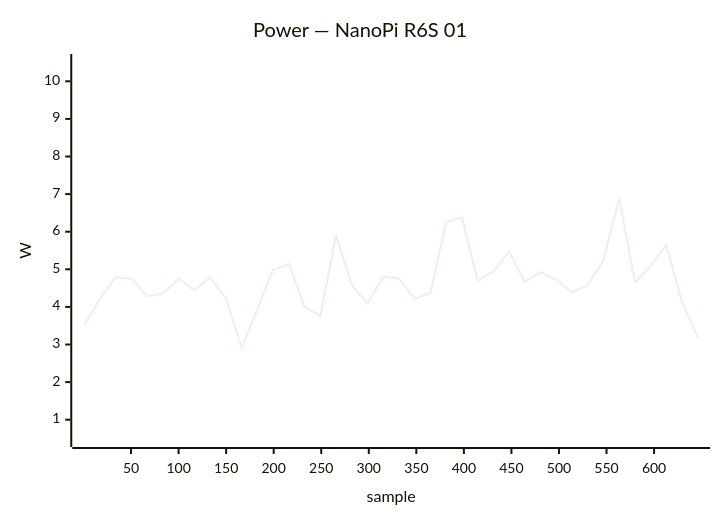
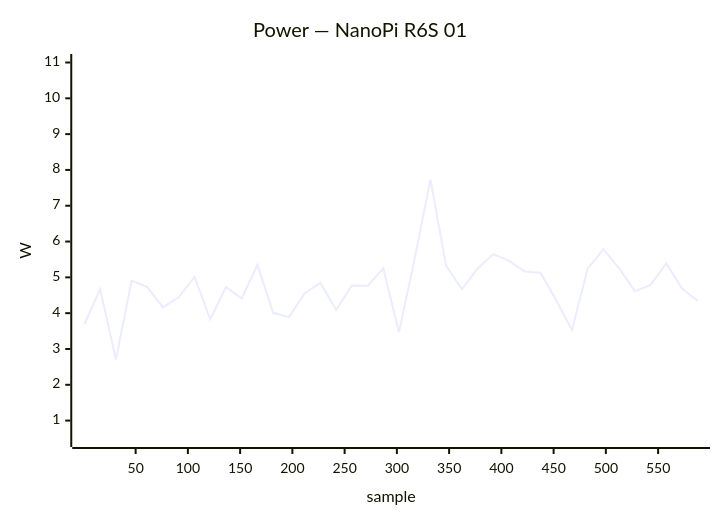
Before and after one commit to armbian/documentation: diagram 21 of 34 in docs/status/board-tests.md, drawn with Mermaid. The commit also changed other lines of this file, not shown here.

````diff
--- a/docs/status/board-tests.md
+++ b/docs/status/board-tests.md
@@ -1615,7 +1019,7 @@
 ```mermaid
 xychart-beta
     title "Power — NanoPi R6S 01"
-    x-axis "sample" 1 --> 646
-    y-axis "W" 0.5 --> 10.5
-    line [3.51, 4.23, 4.79, 4.75, 4.28, 4.36, 4.75, 4.44, 4.79, 4.22, 2.91, 3.95, 4.99, 5.14, 4.00, 3.76, 5.90, 4.57, 4.09, 4.81, 4.75, 4.22, 4.37, 6.25, 6.38, 4.70, 4.94, 5.48, 4.66, 4.93, 4.72, 4.38, 4.58, 5.24, 6.89, 4.65, 5.09, 5.64, 4.11, 3.19]
+    x-axis "sample" 1 --> 588
+    y-axis "W" 0.5 --> 11.0
+    line [3.69, 4.67, 2.71, 4.91, 4.73, 4.16, 4.45, 5.01, 3.83, 4.73, 4.41, 5.35, 4.01, 3.89, 4.55, 4.85, 4.09, 4.77, 4.76, 5.25, 3.47, 5.53, 7.73, 5.32, 4.67, 5.25, 5.65, 5.46, 5.16, 5.13, 4.36, 3.53, 5.25, 5.78, 5.25, 4.61, 4.79, 5.39, 4.69, 4.34]
 ```
````
